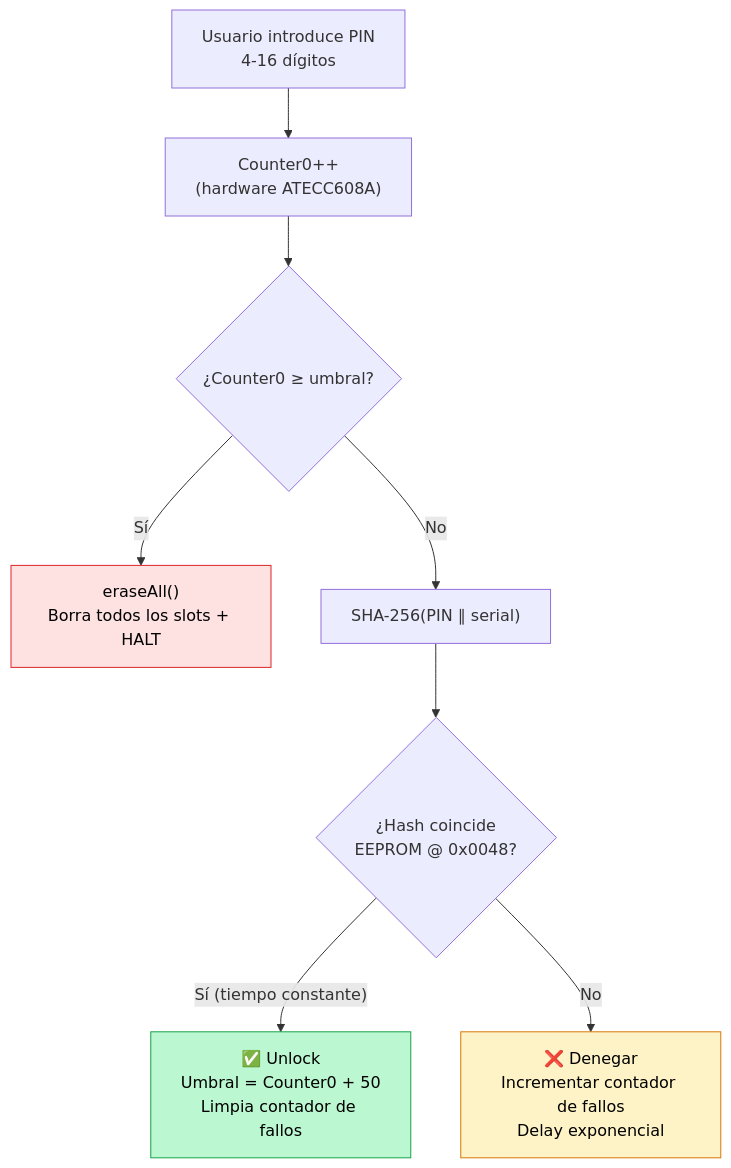
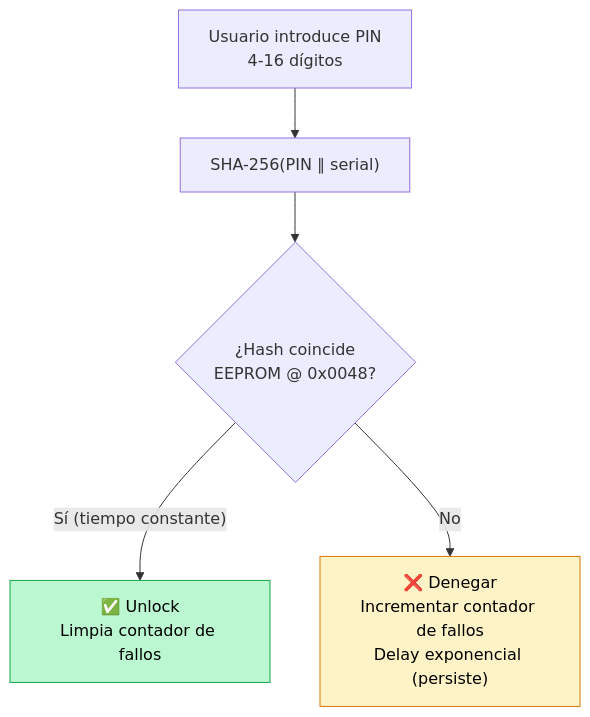
The second of 2 diagrams in es/firmware/security/index.mdx (Depbit-lab/docsZerokeyUSB), drawn with Mermaid before and after one commit. The commit also changed other lines of this file and 13 other files, not shown here.

````diff
--- a/es/firmware/security/index.mdx
+++ b/es/firmware/security/index.mdx
@@ -119,14 +117,10 @@
 ```mermaid
 flowchart TD
-    A["Usuario introduce PIN\n4-16 dígitos"] --> B["Counter0++\n(hardware ATECC608A)"]
-    B --> C{"¿Counter0 ≥ umbral?"}
-    C -->|Sí| D["eraseAll()\nBorra todos los slots + HALT"]
-    C -->|No| E["SHA-256(PIN ∥ serial)"]
+    A["Usuario introduce PIN\n4-16 dígitos"] --> E["SHA-256(PIN ∥ serial)"]
     E --> F{"¿Hash coincide\nEEPROM @ 0x0048?"}
-    F -->|"Sí (tiempo constante)"| G["✅ Unlock\nUmbral = Counter0 + 50\nLimpia contador de fallos"]
-    F -->|"No"| H["❌ Denegar\nIncrementar contador de fallos\nDelay exponencial"]
+    F -->|"Sí (tiempo constante)"| G["✅ Unlock\nLimpia contador de fallos"]
+    F -->|"No"| H["❌ Denegar\nIncrementar contador de fallos\nDelay exponencial (persiste)"]
     
-    style D fill:#fee2e2,stroke:#dc2626,color:#000
     style G fill:#bbf7d0,stroke:#16a34a,color:#000
     style H fill:#fef3c7,stroke:#d97706,color:#000
 ```
````
